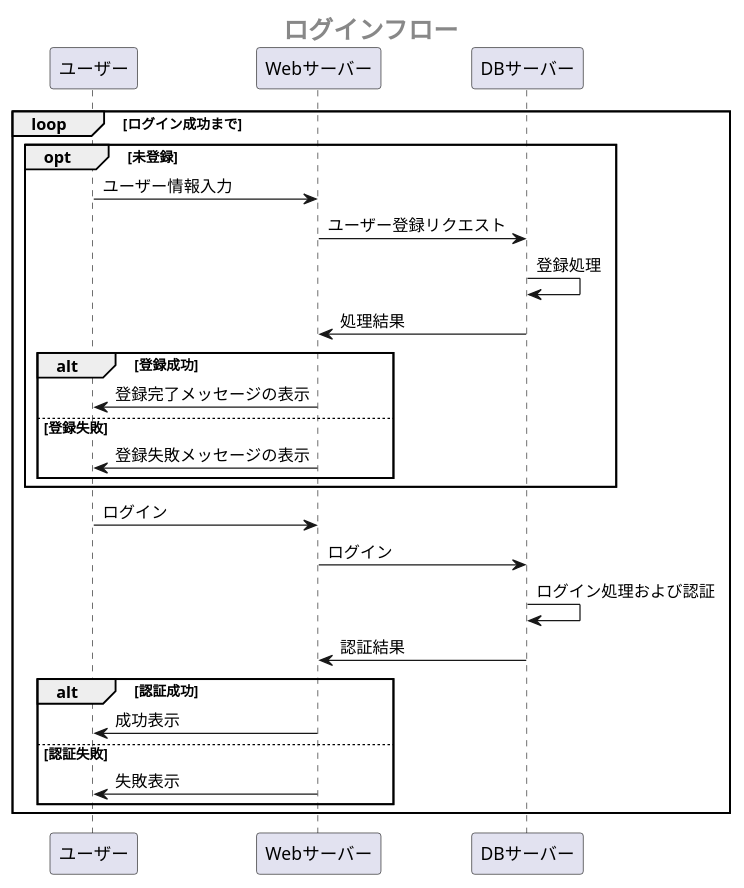
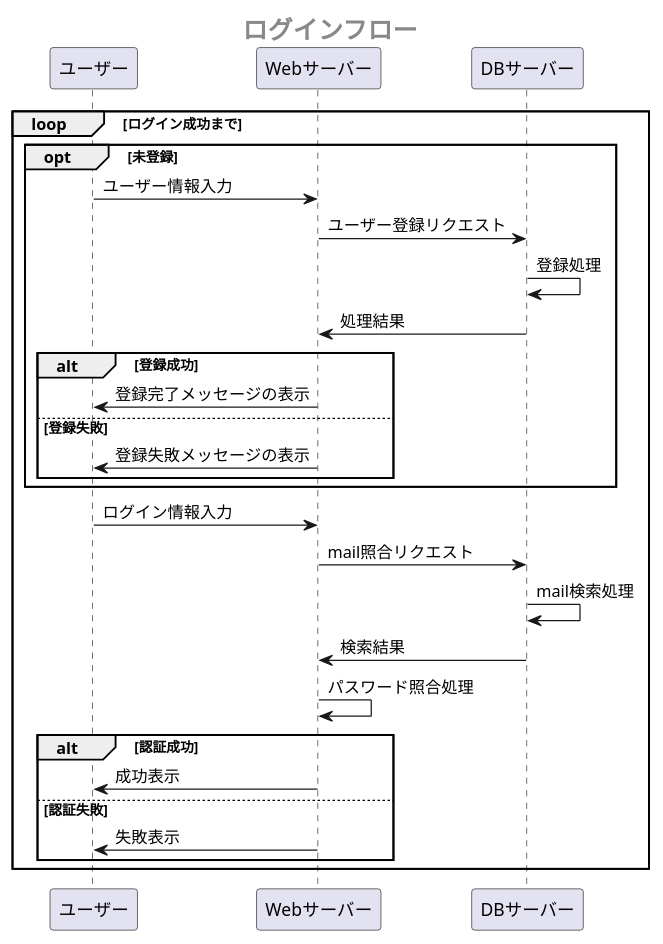
One commit to Aso2001385/NAISA changed the second of 6 diagrams in 設計書/02_業務フロー/2021-12-22BusinessFlow.md. Above: the diagram before and after it, drawn with PlantUML.

````diff
--- a/設計書/02_業務フロー/2021-12-22BusinessFlow.md
+++ b/設計書/02_業務フロー/2021-12-22BusinessFlow.md
@@ -24,36 +24,37 @@
 ```uml
 @startuml
  center header <size:20><b>ログインフロー</b></size>
  
  participant ユーザー as user
  participant Webサーバー as web
  participant DBサーバー as db
  
  loop ログイン成功まで
   opt 未登録
    user -> web:ユーザー情報入力
    web -> db:ユーザー登録リクエスト
    db -> db:登録処理
    db -> web:処理結果
    
    alt 登録成功
      web ->user:登録完了メッセージの表示
    else 登録失敗
      web ->user:登録失敗メッセージの表示
    end
   end
   
-  user -> web:ログイン
-  web -> db:ログイン
-  db -> db:ログイン処理および認証
-  db -> web:認証結果
+  user -> web:ログイン情報入力
+  web -> db:mail照合リクエスト
+  db -> db:mail検索処理
+  db -> web:検索結果
+  web -> web:パスワード照合処理
   
   alt 認証成功
    web ->user:成功表示
   else 認証失敗
    web ->user:失敗表示
   end
  end
   
 @enduml
 ```
````
